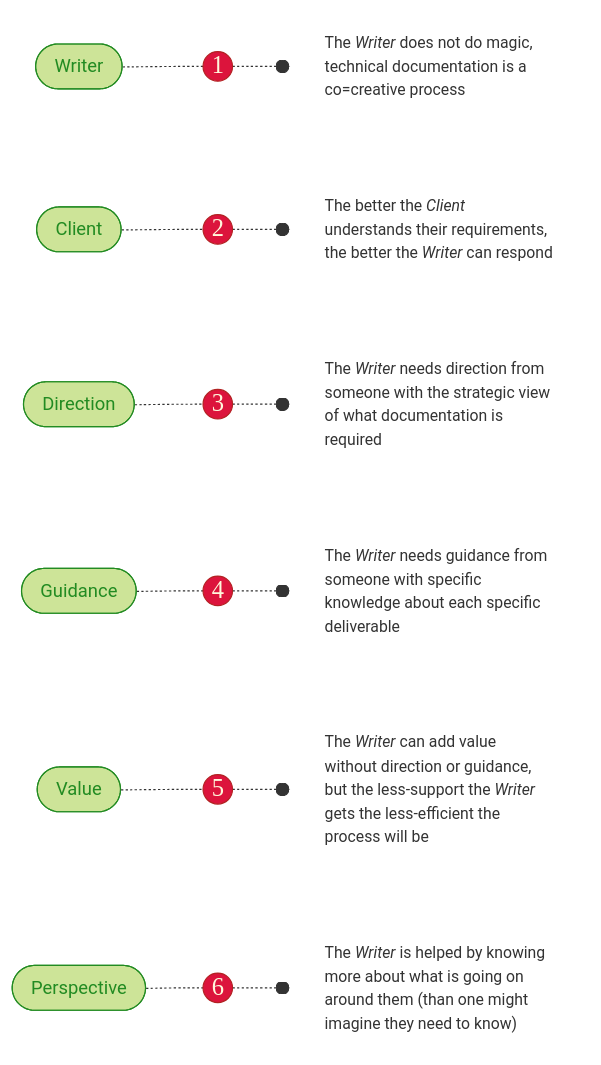
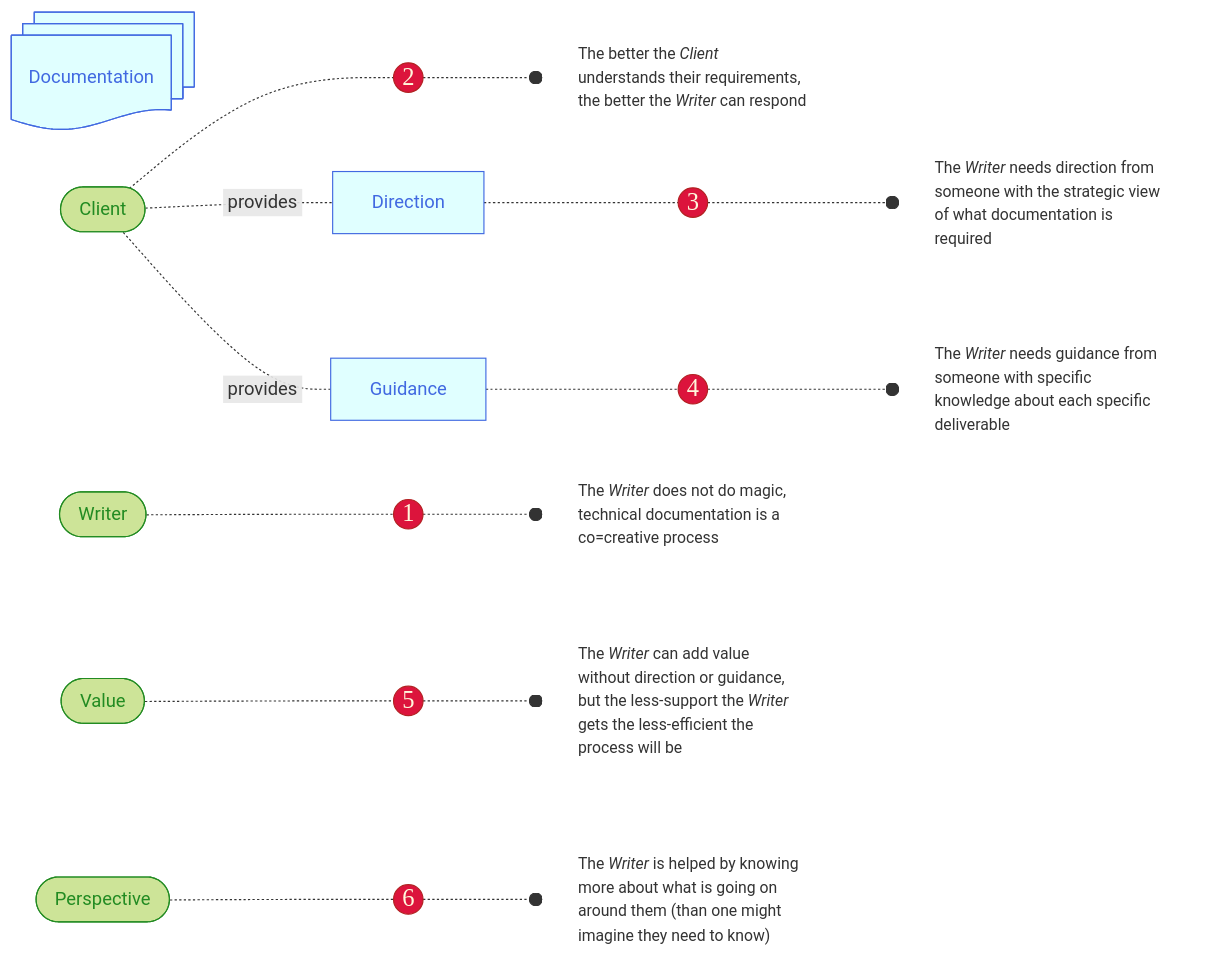
One commit to joe-dorward/samples changed the diagram in contract_v2.md. Above: the diagram before and after it, drawn with Mermaid.

````diff
--- a/contract_v2.md
+++ b/contract_v2.md
@@ -1,61 +1,71 @@
 ```mermaid
 flowchart LR
 
   %% define styles
   classDef User fill:#cde498, stroke:forestgreen, color:forestgreen;
   classDef Number fill:crimson, color:cornsilk, stroke:firebrick, font-family:verdana, font-size:16pt, padding:10px;
   classDef Button fill:green, color:white;
   classDef Note fill:transparent, stroke:white, text-align:left, font-size: 95%;
 
   classDef Backend fill:mediumseagreen, stroke:white, color:honeydew;
   classDef Entity fill:lightcyan, stroke:royalblue, color:royalblue;
-  
+
+  %% ---------- ---------- ---------- ---------- ---------- ---------- ---------- ---------- ---------- ----------
+  DOCUMENTATION_01@{ shape: docs, label: "Documentation"}
+  class DOCUMENTATION_01 Entity
+
   %% ---------- ---------- ---------- ---------- ---------- ---------- ---------- ---------- ---------- ----------
   1(("1")):::Number
   WRITER_01([&nbsp;Writer&nbsp;]):::User
   WRITER_01_NOTE["The <i>Writer</i> does not do magic, technical documentation is a co=creative process"]:::Note
 
   WRITER_01-.-
   1-.-o
   WRITER_01_NOTE
   %% ---------- ---------- ---------- ---------- ---------- ---------- ---------- ---------- ---------- ----------
   2(("2")):::Number
   CLIENT_01([&nbsp;Client&nbsp;]):::User
   CLIENT_01_NOTE["The better the <i>Client</i> understands their requirements, the better the <i>Writer</i> can respond"]:::Note
 
   CLIENT_01-.-
   2-.-o
   CLIENT_01_NOTE
   %% ---------- ---------- ---------- ---------- ---------- ---------- ---------- ---------- ---------- ----------
   3(("3")):::Number
-  DIRECTION_01([&nbsp;Direction&nbsp;]):::User
+  DIRECTION_01[&nbsp;Direction&nbsp;]:::Entity
   DIRECTION_01_NOTE["The <i>Writer</i> needs direction from someone with the strategic view of what documentation is required"]:::Note
 
   DIRECTION_01-.-
   3-.-o
   DIRECTION_01_NOTE
+
+  CLIENT_01-.&nbsp;provides&nbsp;.-
+  DIRECTION_01
   %% ---------- ---------- ---------- ---------- ---------- ---------- ---------- ---------- ---------- ----------
   4(("4")):::Number
-  GUIDANCE_01([&nbsp;Guidance&nbsp;]):::User
+  GUIDANCE_01[&nbsp;Guidance&nbsp;]:::Entity
   GUIDANCE_01_NOTE["The <i>Writer</i> needs guidance from someone with specific knowledge about each specific deliverable"]:::Note
 
   GUIDANCE_01-.-
   4-.-o
   GUIDANCE_01_NOTE
+
+  CLIENT_01-.&nbsp;provides&nbsp;.-
+  GUIDANCE_01
   %% ---------- ---------- ---------- ---------- ---------- ---------- ---------- ---------- ---------- ----------
   5(("5")):::Number
   VALUE_01([&nbsp;Value&nbsp;]):::User
   VALUE_01_NOTE["The <i>Writer</i> can add value without direction or guidance, but the less-support the <i>Writer</i> gets the less-efficient the process will be"]:::Note
 
   VALUE_01-.-
   5-.-o
   VALUE_01_NOTE
   %% ---------- ---------- ---------- ---------- ---------- ---------- ---------- ---------- ---------- ----------
   6(("6")):::Number
   PERSPECTIVE_01([&nbsp;Perspective&nbsp;]):::User
   PERSPECTIVE_01_NOTE["The <i>Writer</i> is helped by knowing more about what is going on around them (than one might imagine they need to know)"]:::Note
 
   PERSPECTIVE_01-.-
   6-.-o
   PERSPECTIVE_01_NOTE
 ```
````
